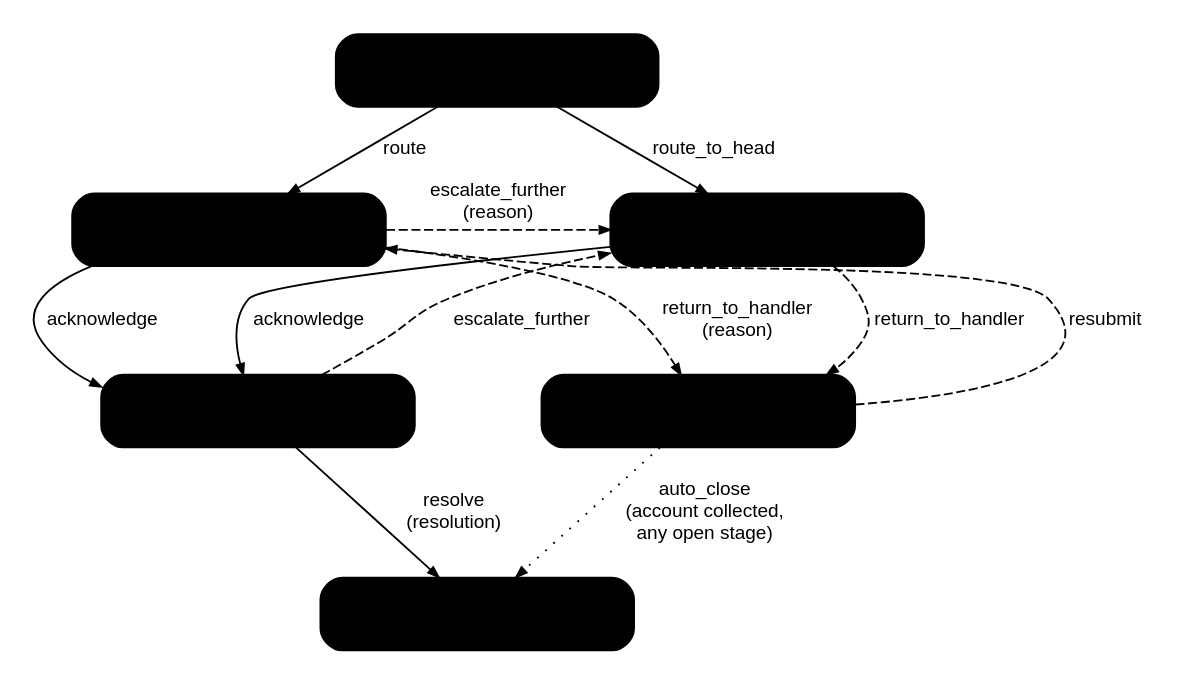
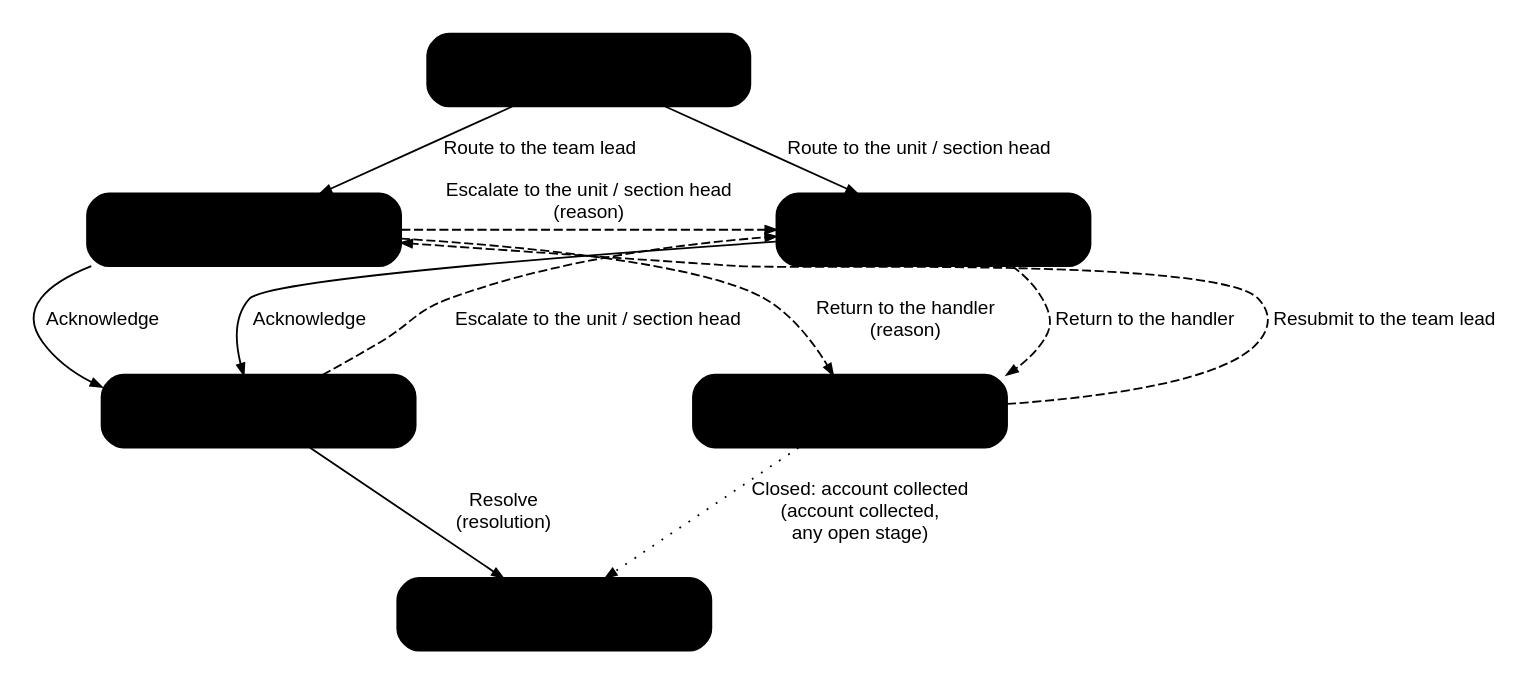
One commit to IortaTexhNXT-DEV/FinVerse changed the diagram in docs/deliverables/src/BRD-04_Collections/figures/brd04_escalation_workflow.dot. Above: the diagram before and after it, drawn with Graphviz. The commit also changed 42 other files, not shown here.

```diff
--- a/docs/deliverables/src/BRD-04_Collections/figures/brd04_escalation_workflow.dot
+++ b/docs/deliverables/src/BRD-04_Collections/figures/brd04_escalation_workflow.dot
@@ -1,29 +1,29 @@
 // BRD-4: workflow CLX_ESCALATION (V1000). FRS section 5.1; BRCLXN.049, 050, 055.
 digraph clx_escalation {
   graph [rankdir=TB, fontname="Arial", nodesep=0.6, ranksep=0.5, bgcolor="white", pad=0.15];
   node  [shape=box, style="rounded,filled", fillcolor="@BG_BLUE", color="@HEADER_BLUE", penwidth=1.1,
          fontname="Arial", fontsize=12, fontcolor="@NEAR_BLACK", width=2.4, height=0.55, margin="0.08,0.03"];
   edge  [color="@MUTED", arrowsize=0.6, fontname="Arial", fontsize=10.5, fontcolor="@TEXT"];
 
   RAISED    [label="RAISED\nrule (AUTO) or user (MANUAL)", fillcolor="@DIRTY_WHITE"];
   WITH_TL   [label="WITH_TL\nTeam lead"];
   WITH_UH   [label="WITH_UH\nUnit / section head"];
   IN_ACTION [label="IN_ACTION\nReceiving level"];
   RETURNED  [label="RETURNED\nHandler", fillcolor="@AMBER_BG"];
   RESOLVED  [label="RESOLVED", fillcolor="@SUCCESS_BG", color="@SUCCESS"];
 
-  RAISED -> WITH_TL [label=" route"];
-  RAISED -> WITH_UH [label=" route_to_head"];
-  WITH_TL -> IN_ACTION [label=" acknowledge"];
-  WITH_UH -> IN_ACTION [label=" acknowledge"];
-  WITH_TL -> WITH_UH [label=" escalate_further\n (reason)", style=dashed, constraint=false];
-  IN_ACTION -> WITH_UH [label=" escalate_further", style=dashed, constraint=false];
-  WITH_TL -> RETURNED [label=" return_to_handler\n (reason)", style=dashed];
-  WITH_UH -> RETURNED [label=" return_to_handler", style=dashed];
-  RETURNED -> WITH_TL [label=" resubmit", style=dashed, constraint=false];
-  IN_ACTION -> RESOLVED [label=" resolve\n (resolution)"];
-  RETURNED -> RESOLVED [label=" auto_close\n (account collected,\n any open stage)", style=dotted];
+  RAISED -> WITH_TL [label=" Route to the team lead"];
+  RAISED -> WITH_UH [label=" Route to the unit / section head"];
+  WITH_TL -> IN_ACTION [label=" Acknowledge"];
+  WITH_UH -> IN_ACTION [label=" Acknowledge"];
+  WITH_TL -> WITH_UH [label=" Escalate to the unit / section head\n (reason)", style=dashed, constraint=false];
+  IN_ACTION -> WITH_UH [label=" Escalate to the unit / section head", style=dashed, constraint=false];
+  WITH_TL -> RETURNED [label=" Return to the handler\n (reason)", style=dashed];
+  WITH_UH -> RETURNED [label=" Return to the handler", style=dashed];
+  RETURNED -> WITH_TL [label=" Resubmit to the team lead", style=dashed, constraint=false];
+  IN_ACTION -> RESOLVED [label=" Resolve\n (resolution)"];
+  RETURNED -> RESOLVED [label=" Closed: account collected\n (account collected,\n any open stage)", style=dotted];
 
   { rank=same; WITH_TL; WITH_UH; }
   { rank=same; IN_ACTION; RETURNED; }
 }
```
